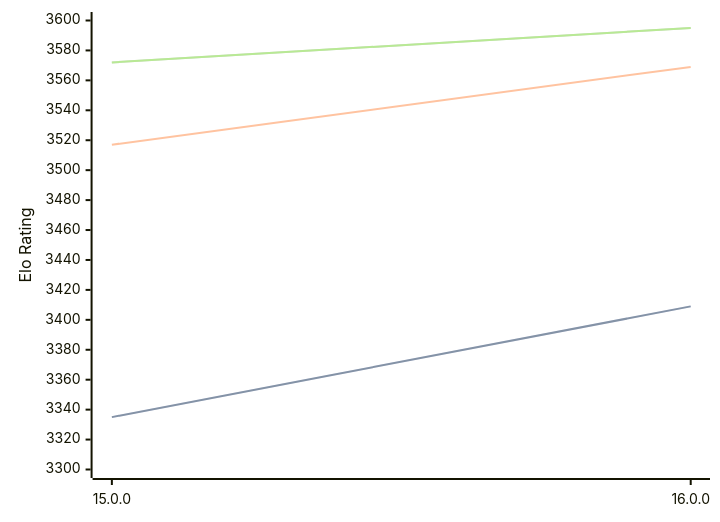
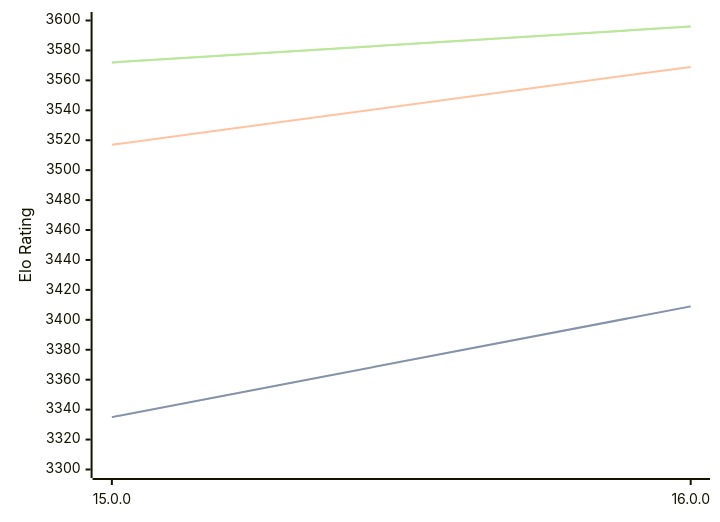
The diagram in engines/Halogen.md (computer-chess-index/cci), drawn with Mermaid before and after one commit. The commit also changed other lines of this file, not shown here.

Commit message:
Update CCI Ratings (ELO VLTC) - 2026-05-07

````diff
--- a/engines/Halogen.md
+++ b/engines/Halogen.md
@@ -50,11 +50,11 @@
 ```mermaid
 %%{init: {"theme":"base","themeVariables":{"seriesColors:['#a3a3a3','#222221','#faa371']}}}%%
 xychart-beta
   x-axis ["15.0.0", "16.0.0"]
   y-axis "Elo Rating" 3300 --> 3600
   line "STC (8.0+0.08s)" [3335, 3409]
   line "STC (8.0+0.08s)" [3335, 3409]
   line "LTC (60.0+0.60s)" [3517, 3569]
-  line "VLTC (2m24s+1.12s)" [3572, 3595]
-  line "VLTC (2m24s+1.12s)" [3572, 3595]
+  line "VLTC (2m24s+1.12s)" [3572, 3596]
+  line "VLTC (2m24s+1.12s)" [3572, 3596]
 ```
````
